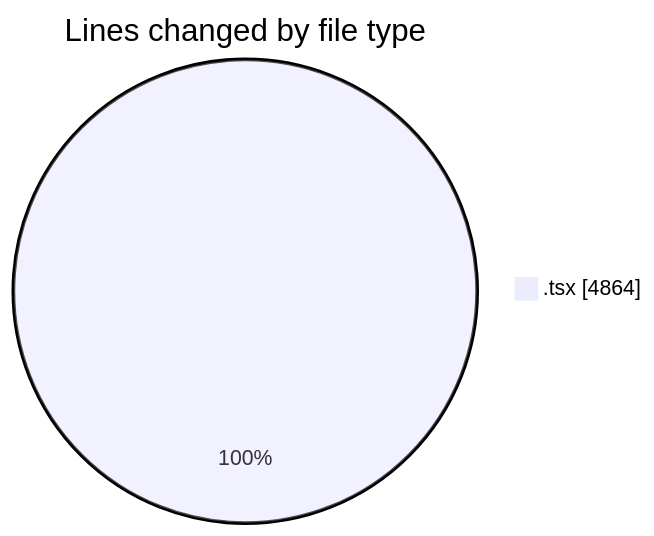
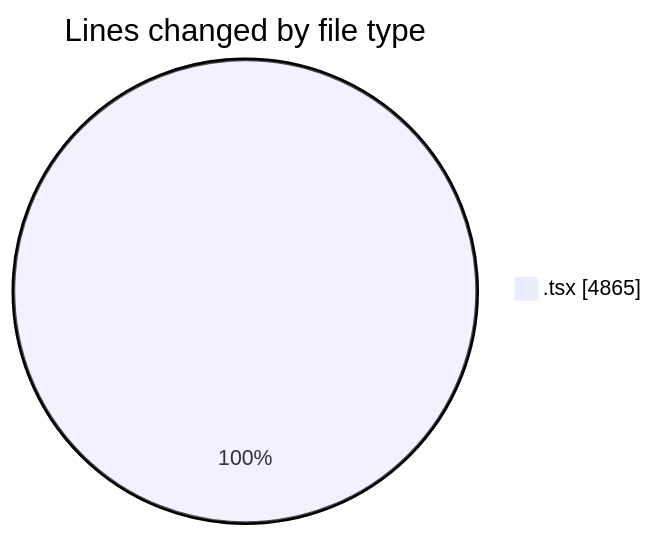
The first of 2 diagrams in 2026-06-18/nxtqube_webapp/README.md (nxtqubesakshisongat/code-tracking), drawn with Mermaid before and after one commit. The commit also changed other lines of this file and 1 other file, not shown here.

````diff
--- a/2026-06-18/nxtqube_webapp/README.md
+++ b/2026-06-18/nxtqube_webapp/README.md
@@ -21,5 +21,5 @@
 ```mermaid
 pie showData
 title Lines changed by file type
-".tsx" : 4864
+".tsx" : 4865
 ```
````
